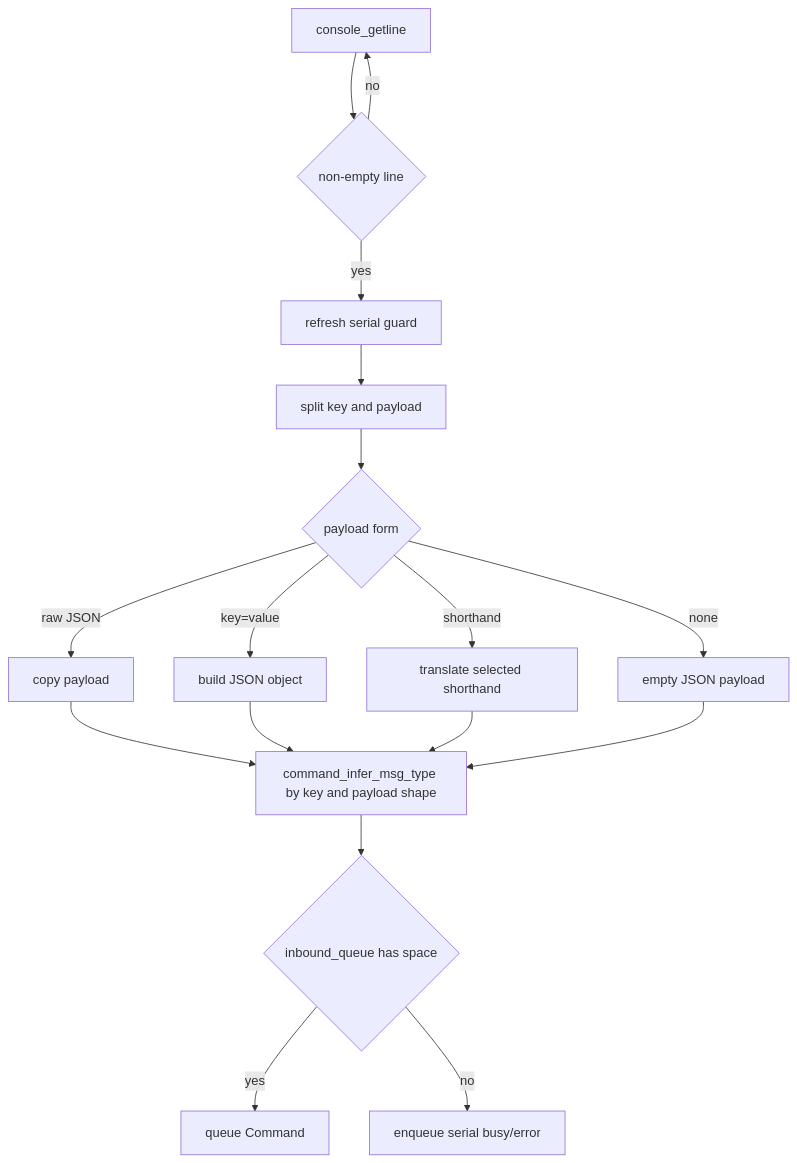
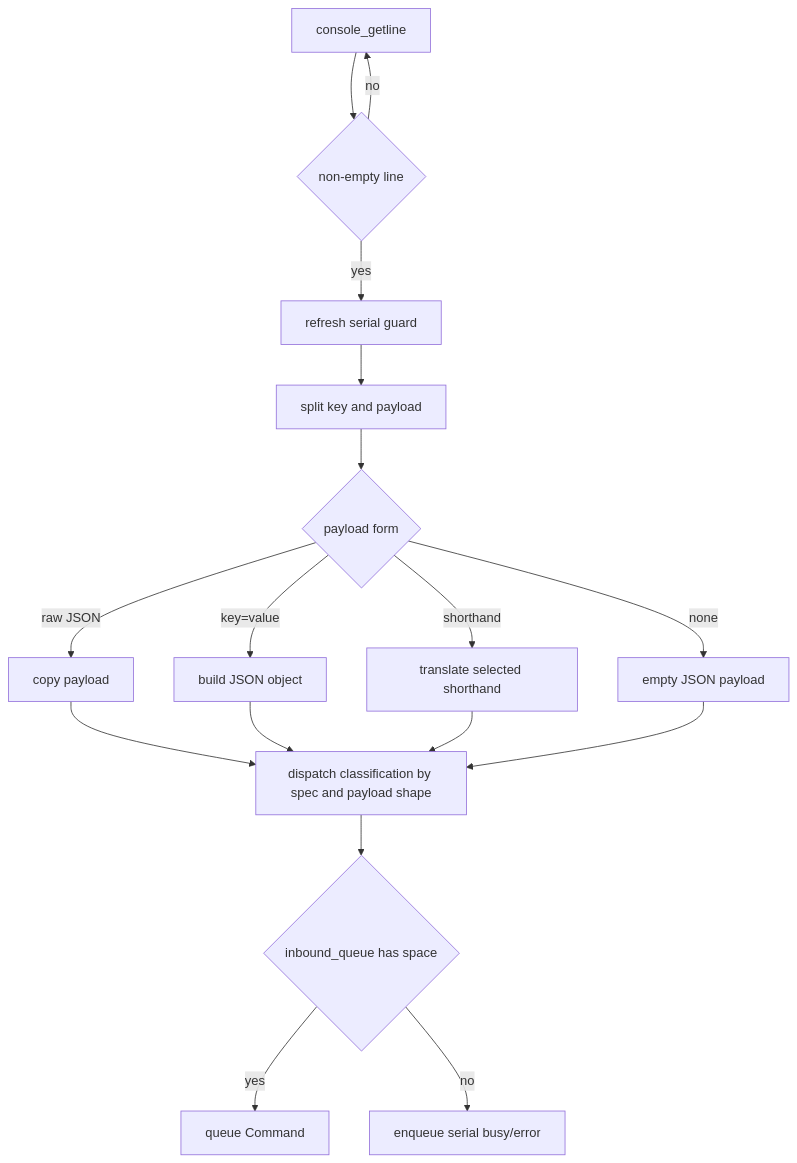
The fifth of 22 diagrams in doc/diagrams.md (COO-Utilities/hispec-tib), drawn with Mermaid before and after one commit. The commit also changed other lines of this file and 7 other files, not shown here.

Commit message:
Update command dispatch docs

````diff
--- a/doc/diagrams.md
+++ b/doc/diagrams.md
@@ -101,19 +101,19 @@
 ```mermaid
 flowchart TD
   Console[console_getline] --> Line{non-empty line}
   Line -- no --> Console
   Line -- yes --> Guard[refresh serial guard]
   Guard --> Split[split key and payload]
   Split --> Payload{payload form}
   Payload -- none --> Empty[empty JSON payload]
   Payload -- raw JSON --> Copy[copy payload]
   Payload -- key=value --> KV[build JSON object]
   Payload -- shorthand --> Short[translate selected shorthand]
-  Copy --> Classify[command_infer_msg_type by key and payload shape]
+  Copy --> Classify[dispatch classification by spec and payload shape]
   KV --> Classify
   Short --> Classify
   Empty --> Classify
   Classify --> Queue{inbound_queue has space}
   Queue -- yes --> Enqueue[queue Command]
   Queue -- no --> Error[enqueue serial busy/error]
 ```
````
